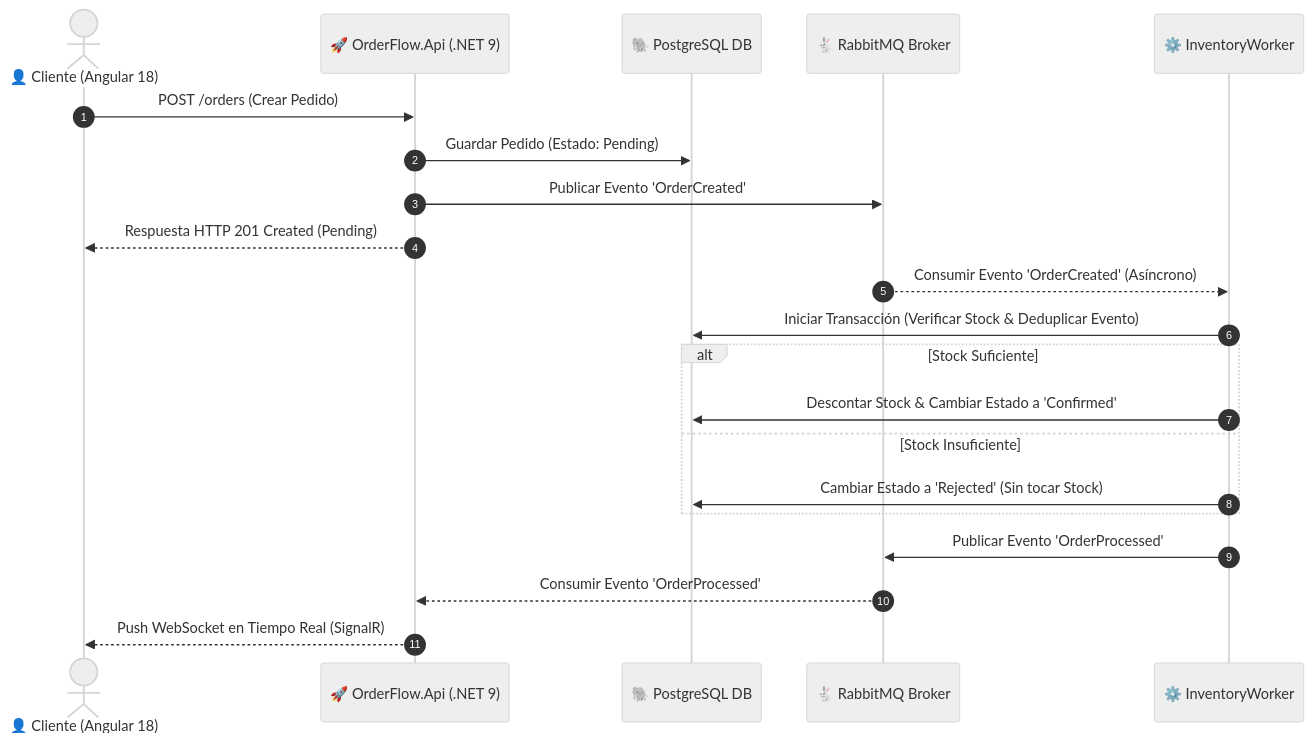
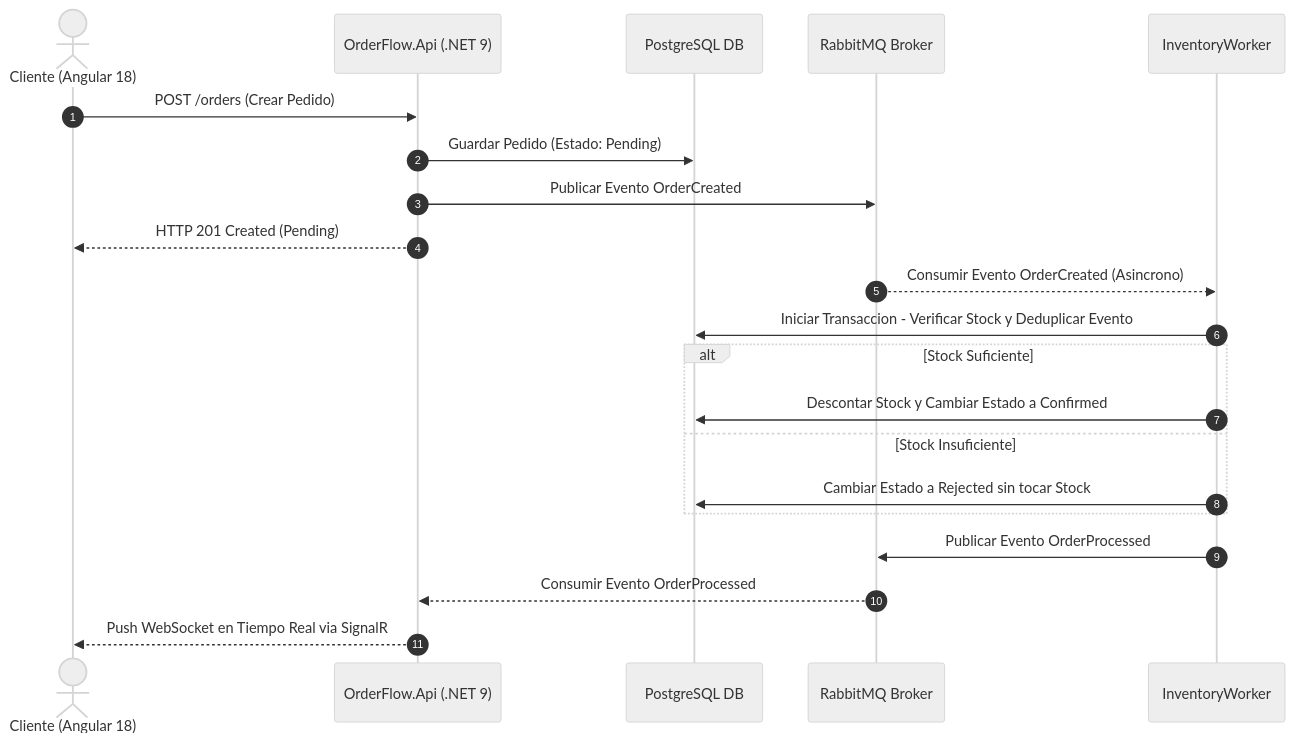
The diagram in README.md (Juanka97k/Q10-prueba-tecnica), drawn with Mermaid (neutral theme) before and after one commit.

Commit message:
fix(readme): eliminar emojis de participantes en diagrama Mermaid para corregir renderizado en GitHub

````diff
--- a/README.md
+++ b/README.md
@@ -59,27 +59,27 @@
 ```mermaid
 sequenceDiagram
     autonumber
-    actor Cliente as 👤 Cliente (Angular 18)
-    participant API as 🚀 OrderFlow.Api (.NET 9)
-    participant DB as 🐘 PostgreSQL DB
-    participant MQ as 🐇 RabbitMQ Broker
-    participant Worker as ⚙️ InventoryWorker
+    actor Cliente as Cliente (Angular 18)
+    participant API as OrderFlow.Api (.NET 9)
+    participant DB as PostgreSQL DB
+    participant MQ as RabbitMQ Broker
+    participant Worker as InventoryWorker
 
     Cliente->>API: POST /orders (Crear Pedido)
     API->>DB: Guardar Pedido (Estado: Pending)
-    API->>MQ: Publicar Evento 'OrderCreated'
-    API-->>Cliente: Respuesta HTTP 201 Created (Pending)
+    API->>MQ: Publicar Evento OrderCreated
+    API-->>Cliente: HTTP 201 Created (Pending)
 
-    MQ-->>Worker: Consumir Evento 'OrderCreated' (Asíncrono)
-    Worker->>DB: Iniciar Transacción (Verificar Stock & Deduplicar Evento)
-    
+    MQ-->>Worker: Consumir Evento OrderCreated (Asincrono)
+    Worker->>DB: Iniciar Transaccion - Verificar Stock y Deduplicar Evento
+
     alt Stock Suficiente
-        Worker->>DB: Descontar Stock & Cambiar Estado a 'Confirmed'
+        Worker->>DB: Descontar Stock y Cambiar Estado a Confirmed
     else Stock Insuficiente
-        Worker->>DB: Cambiar Estado a 'Rejected' (Sin tocar Stock)
+        Worker->>DB: Cambiar Estado a Rejected sin tocar Stock
     end
-    
-    Worker->>MQ: Publicar Evento 'OrderProcessed'
-    MQ-->>API: Consumir Evento 'OrderProcessed'
-    API-->>Cliente: Push WebSocket en Tiempo Real (SignalR)
+
+    Worker->>MQ: Publicar Evento OrderProcessed
+    MQ-->>API: Consumir Evento OrderProcessed
+    API-->>Cliente: Push WebSocket en Tiempo Real via SignalR
 ```
````
